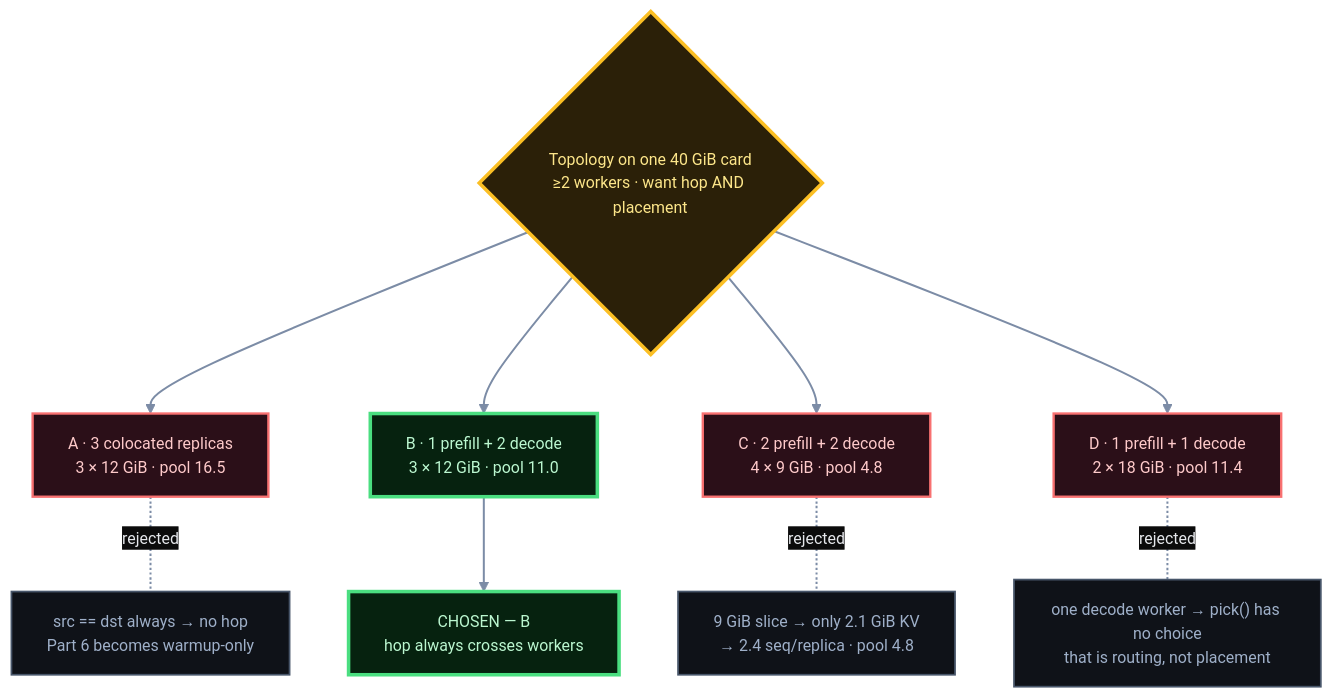
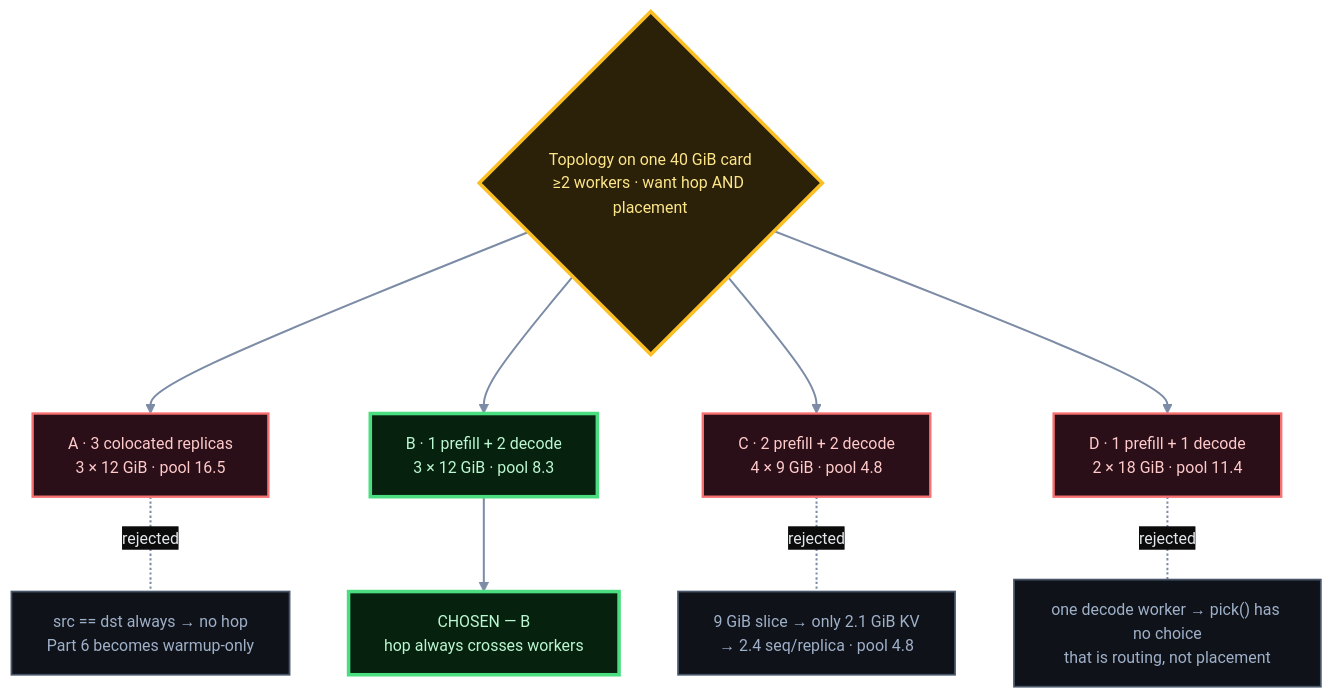
Before and after one commit to harshuljain13/Dodona: the fourth of 7 diagrams in SUBMISSION.md, drawn with Mermaid. The commit also changed other lines of this file, not shown here.

````diff
--- a/SUBMISSION.md
+++ b/SUBMISSION.md
@@ -506,58 +539,58 @@
 ```mermaid
 %%{init: {'theme':'base','themeVariables':{
   'darkMode':true,'background':'#0B0B0B',
   'fontFamily':'Helvetica, Arial, sans-serif','fontSize':'13.5px',
   'primaryColor':'#111827','primaryTextColor':'#E5E7EB','primaryBorderColor':'#475569',
   'lineColor':'#7C8CA6','textColor':'#E5E7EB','titleColor':'#E5E7EB',
   'clusterBkg':'#0F1218','clusterBorder':'#263142','edgeLabelBackground':'#0B0B0B'
 }}}%%
 flowchart TD
     S{"Topology on one 40 GiB card<br/>≥2 workers · want hop AND placement"}
 
     A["A · 3 colocated replicas<br/>3 × 12 GiB · pool 16.5"]
-    B["B · 1 prefill + 2 decode<br/>3 × 12 GiB · pool 11.0"]
+    B["B · 1 prefill + 2 decode<br/>3 × 12 GiB · pool 8.3"]
     C["C · 2 prefill + 2 decode<br/>4 × 9 GiB · pool 4.8"]
     D["D · 1 prefill + 1 decode<br/>2 × 18 GiB · pool 11.4"]
 
     AX["src == dst always → no hop<br/>Part 6 becomes warmup-only"]
     CX["9 GiB slice → only 2.1 GiB KV<br/>→ 2.4 seq/replica · pool 4.8"]
     DX["one decode worker → pick() has no choice<br/>that is routing, not placement"]
 
     FIN["CHOSEN — B<br/>hop always crosses workers"]
 
     S --> A & B & C & D
     A -.-|"rejected"| AX
     C -.-|"rejected"| CX
     D -.-|"rejected"| DX
     B ==> FIN
 
     class B,FIN pick
     class S gate
     class A,C,D dead
     class AX,CX,DX note
 
     classDef actor    fill:#2B0F18,stroke:#FB7185,stroke-width:2px,color:#FECDD3
     classDef input    fill:#2B0F18,stroke:#FB7185,stroke-width:2px,color:#FECDD3
     classDef ext      fill:#1E1033,stroke:#C084FC,stroke-width:2px,color:#E9D5FF
     classDef accent   fill:#1E1033,stroke:#C084FC,stroke-width:2px,color:#E9D5FF
     classDef ours     fill:#0C1A33,stroke:#60A5FA,stroke-width:2px,color:#DBEAFE
     classDef primary  fill:#0C1A33,stroke:#60A5FA,stroke-width:2px,color:#DBEAFE
     classDef alt      fill:#0C1A33,stroke:#60A5FA,stroke-width:2px,color:#DBEAFE
     classDef gate     fill:#2B2008,stroke:#FBBF24,stroke-width:3px,color:#FDE68A
     classDef decision fill:#2B2008,stroke:#FBBF24,stroke-width:3px,color:#FDE68A
     classDef engine   fill:#06220F,stroke:#4ADE80,stroke-width:2px,color:#BBF7D0
     classDef secondary fill:#06220F,stroke:#4ADE80,stroke-width:2px,color:#BBF7D0
     classDef store    fill:#2A1405,stroke:#FB923C,stroke-width:2px,color:#FED7AA
     classDef data     fill:#2A1405,stroke:#FB923C,stroke-width:2px,color:#FED7AA
     classDef lib      fill:#13163A,stroke:#818CF8,stroke-width:2px,color:#C7D2FE
     classDef highlight fill:#13163A,stroke:#818CF8,stroke-width:2px,color:#C7D2FE
     classDef obs      fill:#0F172A,stroke:#94A3B8,stroke-width:2px,color:#CBD5E1
     classDef neutral  fill:#0F172A,stroke:#94A3B8,stroke-width:2px,color:#CBD5E1
     classDef overflow fill:#2A0F2A,stroke:#E879F9,stroke-width:2px,color:#F5D0FE
     classDef out      fill:#04302B,stroke:#22D3EE,stroke-width:2.5px,color:#A5F3FC
     classDef success  fill:#04302B,stroke:#22D3EE,stroke-width:2.5px,color:#A5F3FC
     classDef pick     fill:#06220F,stroke:#4ADE80,stroke-width:3px,color:#BBF7D0
     classDef dead     fill:#2B0F18,stroke:#F87171,stroke-width:2px,color:#FECACA
     classDef note     fill:#0F1218,stroke:#475569,stroke-width:1.5px,color:#9FB0C9
     linkStyle default stroke:#7C8CA6,stroke-width:1.7px
 ```
````
